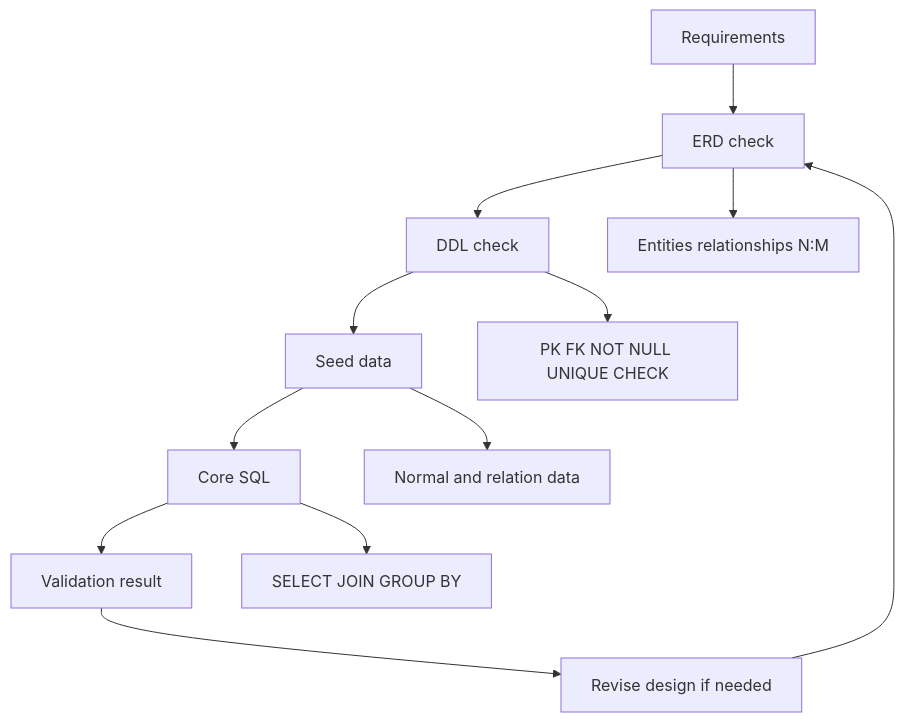
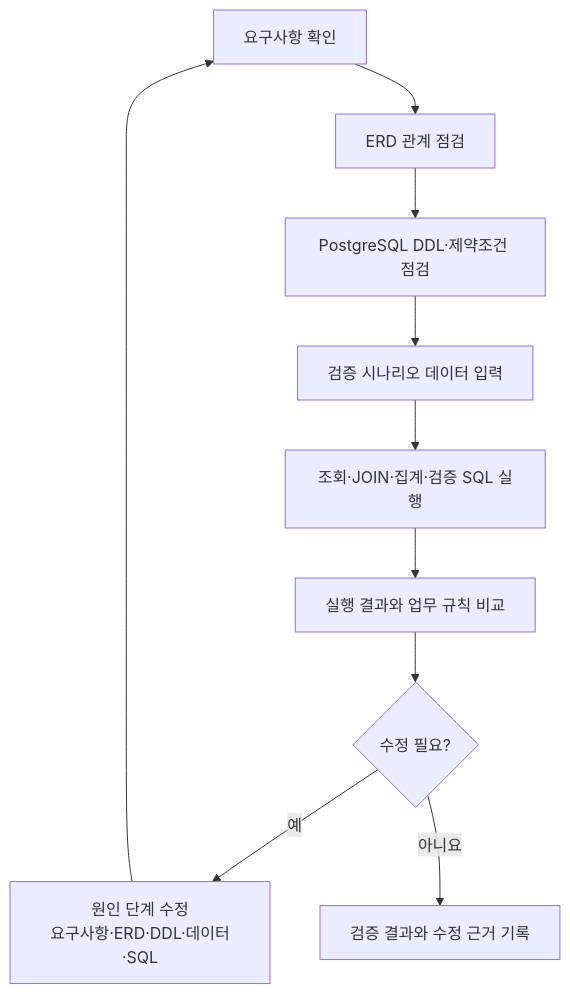
The diagram in images/chapter15/ch15_04_db_design_validation.mmd (GilbertMoon/ai-database-book), drawn with Mermaid before and after one commit.

Commit message:
Refine chapter 15 DB design validation flow source

```diff
--- a/images/chapter15/ch15_04_db_design_validation.mmd
+++ b/images/chapter15/ch15_04_db_design_validation.mmd
@@ -1,13 +1,10 @@
 flowchart TB
-    A[Requirements] --> B[ERD check]
-    B --> C[DDL check]
-    C --> D[Seed data]
-    D --> E[Core SQL]
-    E --> F[Validation result]
-
-    B --> B1[Entities relationships N:M]
-    C --> C1[PK FK NOT NULL UNIQUE CHECK]
-    D --> D1[Normal and relation data]
-    E --> E1[SELECT JOIN GROUP BY]
-    F --> F1[Revise design if needed]
-    F1 --> B
+    A[요구사항 확인] --> B[ERD 관계 점검]
+    B --> C[PostgreSQL DDL·제약조건 점검]
+    C --> D[검증 시나리오 데이터 입력]
+    D --> E[조회·JOIN·집계·검증 SQL 실행]
+    E --> F[실행 결과와 업무 규칙 비교]
+    F --> G{수정 필요?}
+    G -- 예 --> H[원인 단계 수정<br/>요구사항·ERD·DDL·데이터·SQL]
+    H --> A
+    G -- 아니요 --> I[검증 결과와 수정 근거 기록]
```
